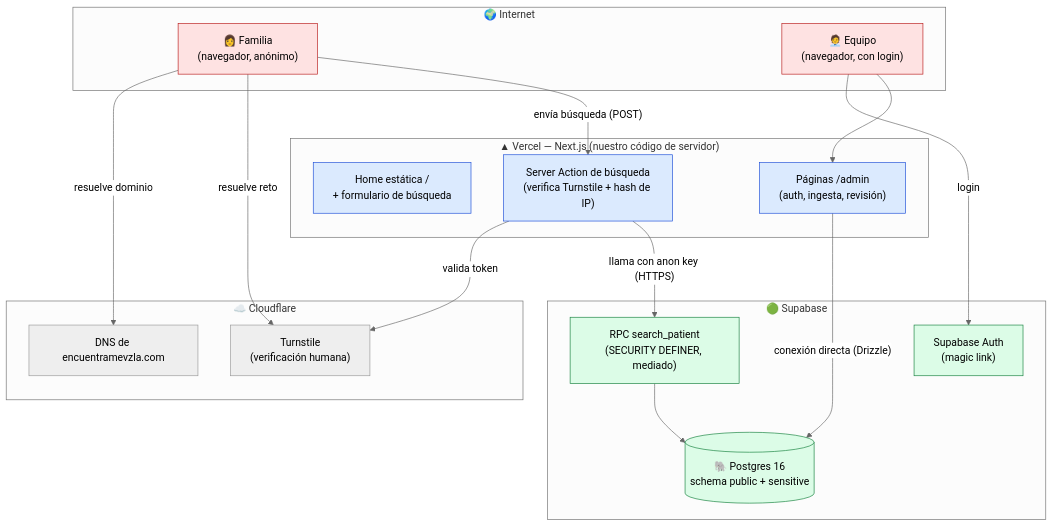
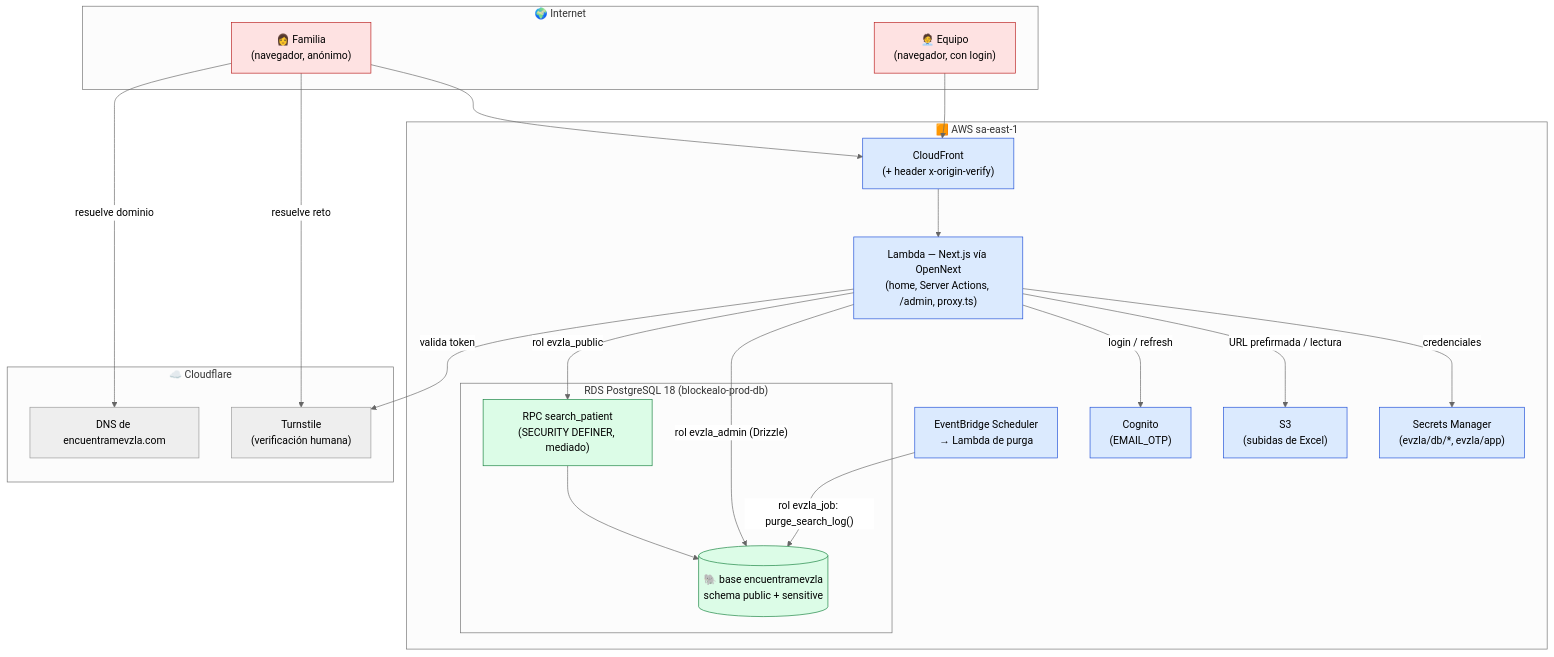
One commit to jorgeluisd/encuentramevzla changed the first of 7 diagrams in docs/ARCHITECTURE.md. Above: the diagram before and after it, drawn with Mermaid (neutral theme). The commit also changed other lines of this file and 54 other files, not shown here.

Commit message:
docs: document the 100% AWS stack and retire Supabase/Vercel references (#114)

````diff
--- a/docs/ARCHITECTURE.md
+++ b/docs/ARCHITECTURE.md
@@ -42,42 +41,46 @@
 ```mermaid
 flowchart TB
     subgraph internet["🌍 Internet"]
         familia["👩 Familia<br/>(navegador, anónimo)"]
         equipo["🧑‍💼 Equipo<br/>(navegador, con login)"]
     end
 
     subgraph cf["☁️ Cloudflare"]
         dns["DNS de encuentramevzla.com"]
         turnstile["Turnstile<br/>(verificación humana)"]
     end
 
-    subgraph vercel["▲ Vercel — Next.js (nuestro código de servidor)"]
-        home["Home estática /<br/>+ formulario de búsqueda"]
-        action["Server Action de búsqueda<br/>(verifica Turnstile + hash de IP)"]
-        admin["Páginas /admin<br/>(auth, ingesta, revisión)"]
-    end
-
-    subgraph supabase["🟢 Supabase"]
-        auth["Supabase Auth<br/>(magic link)"]
-        rpc["RPC search_patient<br/>(SECURITY DEFINER, mediado)"]
-        pg[("🐘 Postgres 16<br/>schema public + sensitive")]
+    subgraph aws["🟧 AWS sa-east-1"]
+        cdn["CloudFront<br/>(+ header x-origin-verify)"]
+        lambda["Lambda — Next.js vía OpenNext<br/>(home, Server Actions, /admin, proxy.ts)"]
+        cognito["Cognito<br/>(EMAIL_OTP)"]
+        s3["S3<br/>(subidas de Excel)"]
+        secrets["Secrets Manager<br/>(evzla/db/*, evzla/app)"]
+        sched["EventBridge Scheduler<br/>→ Lambda de purga"]
+        subgraph rds["RDS PostgreSQL 18 (blockealo-prod-db)"]
+            rpc["RPC search_patient<br/>(SECURITY DEFINER, mediado)"]
+            pg[("🐘 base encuentramevzla<br/>schema public + sensitive")]
+        end
     end
 
     familia -->|"resuelve dominio"| dns
     familia -->|"resuelve reto"| turnstile
-    familia -->|"envía búsqueda (POST)"| action
-    action -->|"valida token"| turnstile
-    action -->|"llama con anon key (HTTPS)"| rpc
+    familia --> cdn
+    equipo --> cdn
+    cdn --> lambda
+    lambda -->|"valida token"| turnstile
+    lambda -->|"rol evzla_public"| rpc
     rpc --> pg
-
-    equipo -->|"login"| auth
-    equipo --> admin
-    admin -->|"conexión directa (Drizzle)"| pg
+    lambda -->|"rol evzla_admin (Drizzle)"| pg
+    lambda -->|"login / refresh"| cognito
+    lambda -->|"URL prefirmada / lectura"| s3
+    lambda -->|"credenciales"| secrets
+    sched -->|"rol evzla_job: purge_search_log()"| pg
 
     classDef pub fill:#fee2e2,stroke:#b91c1c;
     classDef srv fill:#dbeafe,stroke:#1d4ed8;
     classDef db fill:#dcfce7,stroke:#15803d;
     class familia,equipo pub;
-    class home,action,admin srv;
-    class auth,rpc,pg db;
+    class cdn,lambda,cognito,s3,secrets,sched srv;
+    class rpc,pg db;
 ```
````
